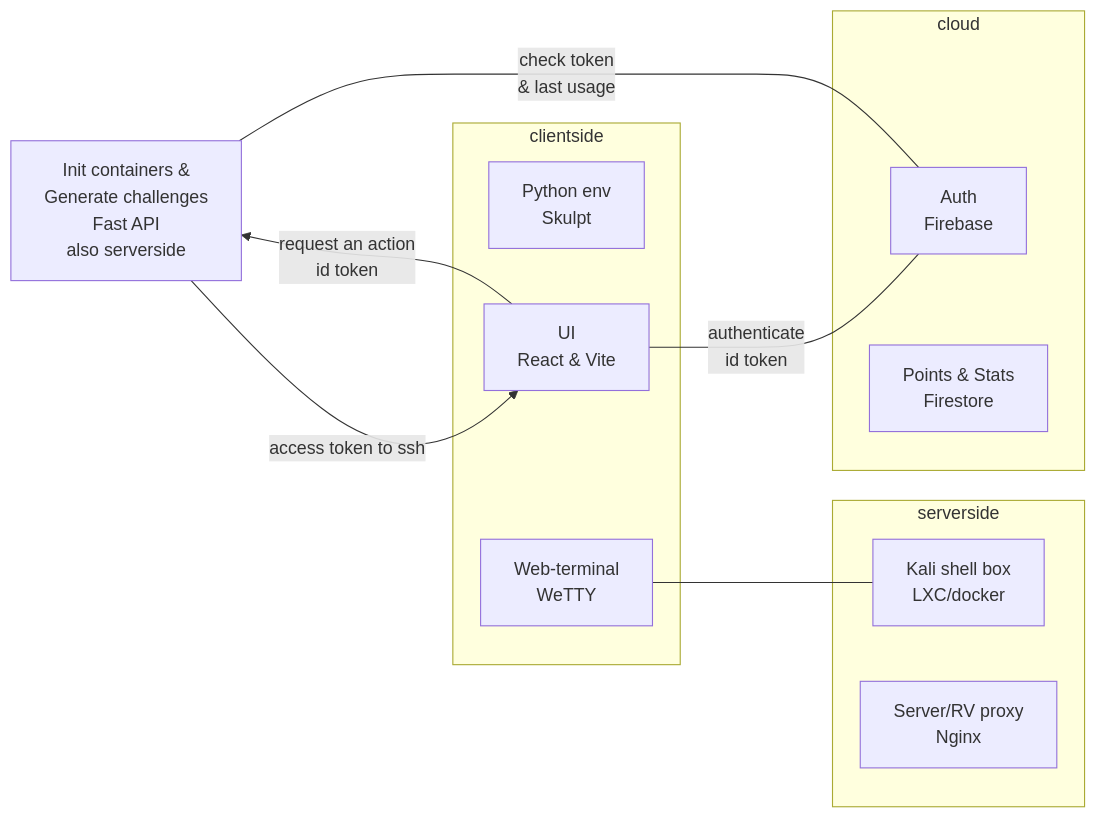
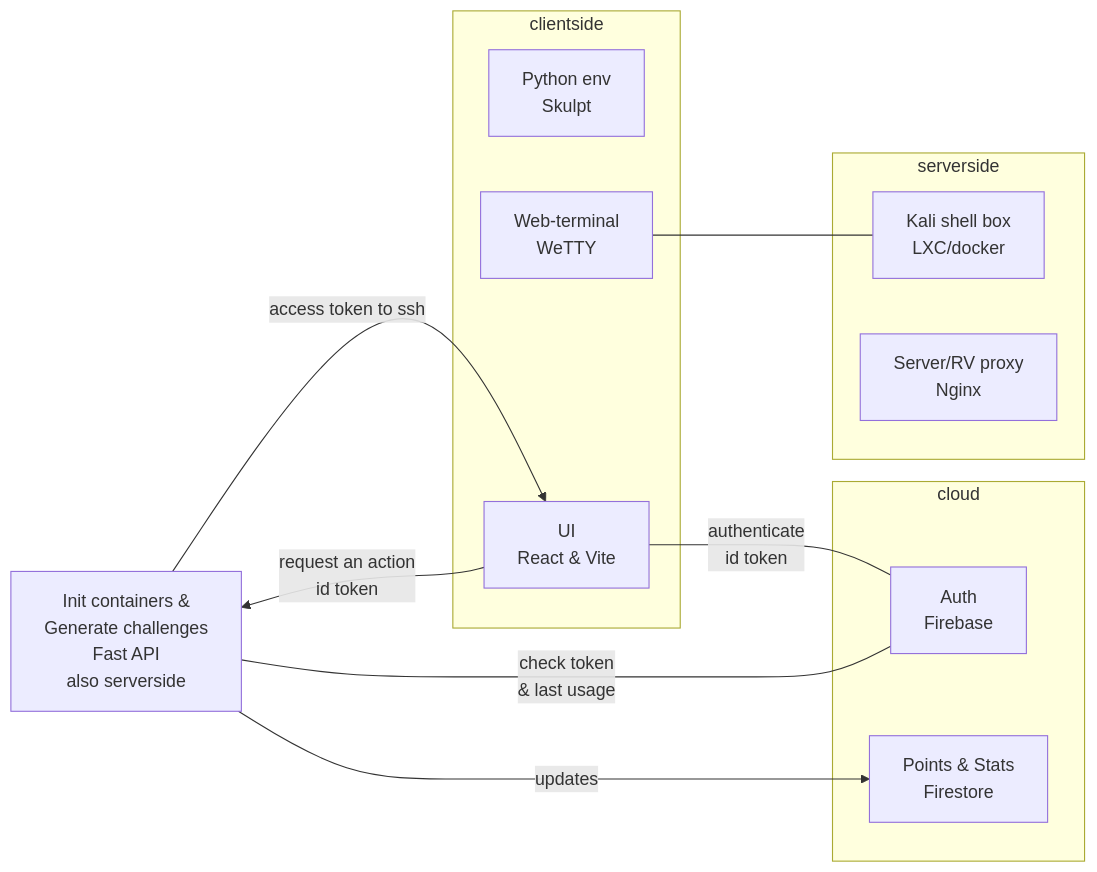
The diagram in README.md (PseudoMotivated/BrinellCTF), drawn with Mermaid before and after one commit. The commit also changed other lines of this file, not shown here.

````diff
--- a/README.md
+++ b/README.md
@@ -3,34 +3,36 @@
 ```mermaid
 flowchart LR
 api[Init containers & <br> Generate challenges <br> Fast API <br> also serverside]
 
 subgraph clientside 
 
 py[Python env <br> Skulpt]
 ssh[Web-terminal <br> WeTTY]
 
 ui[UI <br> React & Vite]
 
 end
 
 subgraph serverside
 ka[Kali shell box <br> LXC/docker]
 
 ng[Server/RV proxy <br> Nginx]
 
 end
 
 subgraph cloud
 
 au[Auth <br> Firebase] 
 db[Points & Stats <br> Firestore]
 
 end
 
 ssh --- ka
 ui -->|request an action <br> id token| api
 ui ---|authenticate <br> id token| au 
 api ---|check token <br> & last usage| au
 api -->|access token to ssh| ui 
+api -->|updates|db
+
 
 ```
````
